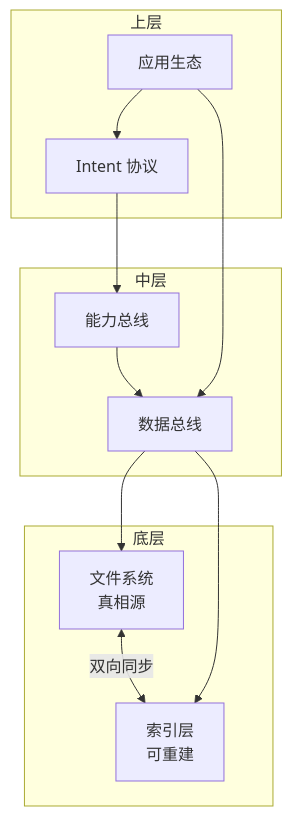
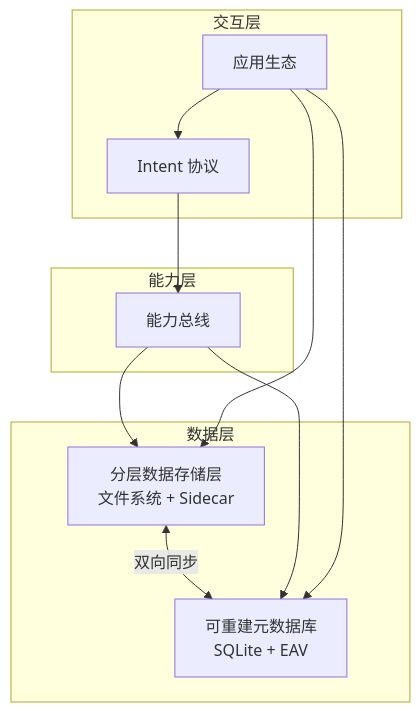
Before and after one commit to maxiee/MaeDoc: the second of 2 diagrams in docs/vision/concepts.md, drawn with Mermaid. The commit also changed other lines of this file and 2 other files, not shown here.

````diff
--- a/docs/vision/concepts.md
+++ b/docs/vision/concepts.md
@@ -222,25 +244,24 @@
 ```mermaid
 graph TD
-    subgraph 底层
-        File[文件系统<br/>真相源]
-        DB[索引层<br/>可重建]
+    subgraph 底层["数据层"]
+        File[分层数据存储层<br/>文件系统 + Sidecar]
+        DB[可重建元数据库<br/>SQLite + EAV]
     end
     
-    subgraph 中层
-        DataBus[数据总线]
+    subgraph 中层["能力层"]
         CapBus[能力总线]
     end
     
-    subgraph 上层
+    subgraph 上层["交互层"]
         Intent[Intent 协议]
         Apps[应用生态]
     end
     
     File <-->|双向同步| DB
-    DataBus --> File
-    DataBus --> DB
-    CapBus --> DataBus
+    CapBus --> File
+    CapBus --> DB
     Intent --> CapBus
     Apps --> Intent
-    Apps --> DataBus
+    Apps --> File
+    Apps --> DB
 ```
````
